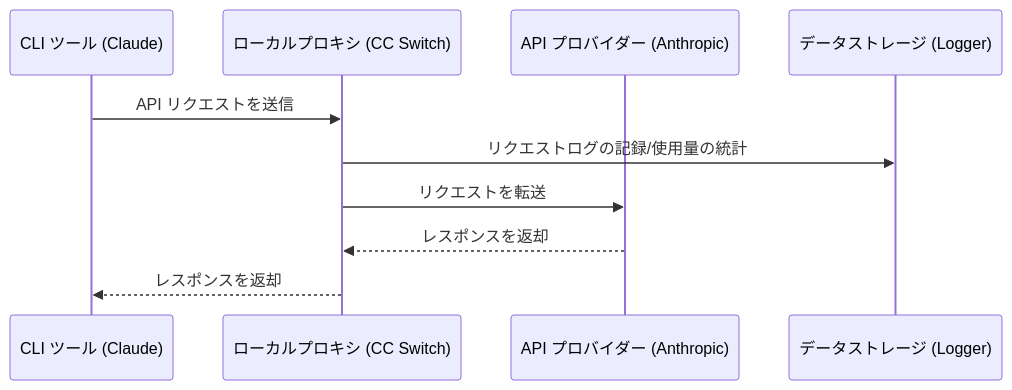
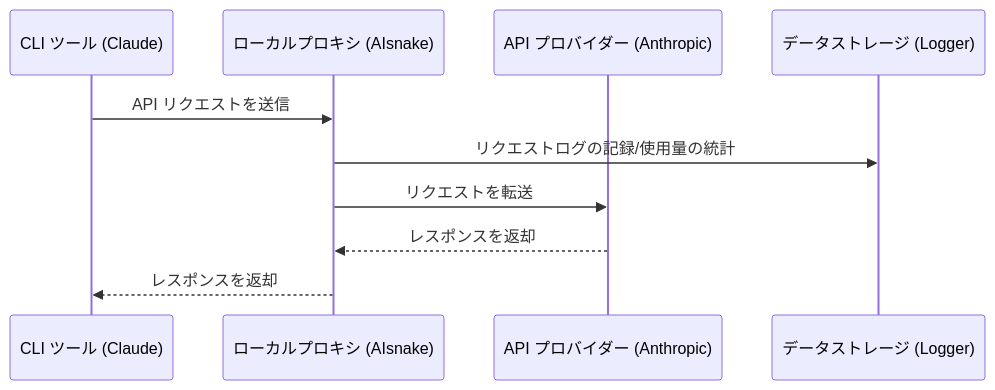
One commit to mldgfxm/Ai-Tool changed the diagram in docs/user-manual/ja/4-proxy/4.1-service.md. Above: the diagram before and after it, drawn with Mermaid. The commit also changed other lines of this file and 247 other files, not shown here.

First line of the commit message:
chore: rename project from CC Switch to AISnake

````diff
--- a/docs/user-manual/ja/4-proxy/4.1-service.md
+++ b/docs/user-manual/ja/4-proxy/4.1-service.md
@@ -116,13 +116,13 @@
 ```mermaid
 sequenceDiagram
     participant CLI as CLI ツール (Claude)
-    participant Proxy as ローカルプロキシ (CC Switch)
+    participant Proxy as ローカルプロキシ (AIsnake)
     participant API as API プロバイダー (Anthropic)
     participant DB as データストレージ (Logger)
 
     CLI->>Proxy: API リクエストを送信
     Proxy->>DB: リクエストログの記録/使用量の統計
     Proxy->>API: リクエストを転送
     API-->>Proxy: レスポンスを返却
     Proxy-->>CLI: レスポンスを返却
 ```
````
